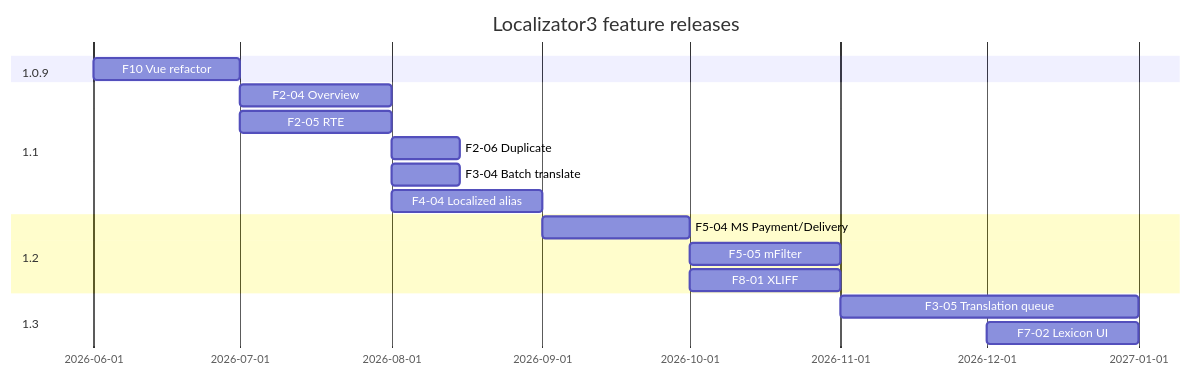
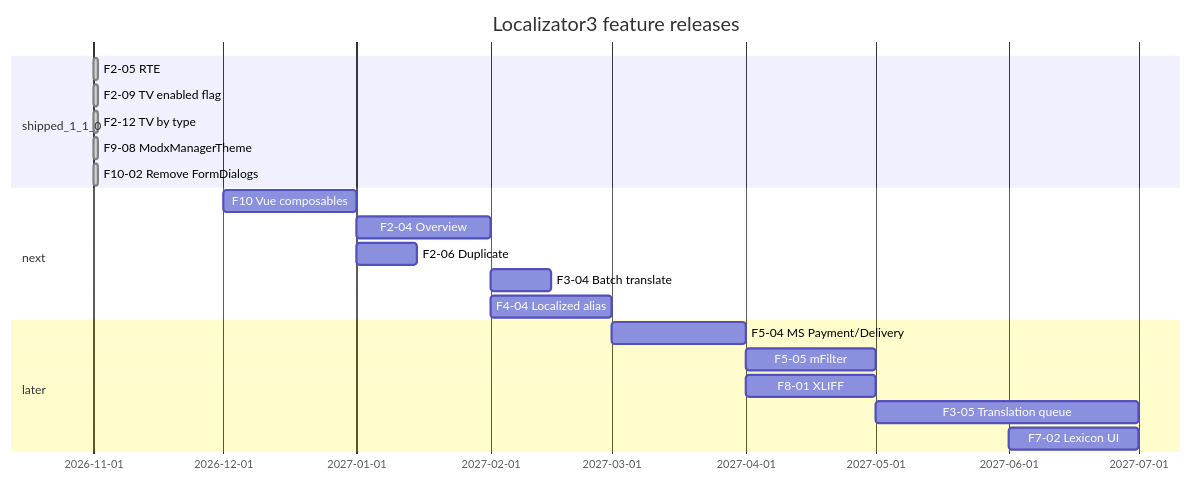
The diagram in docs/roadmap.md (modx-pro/localizator3), drawn with Mermaid before and after one commit. The commit also changed other lines of this file and 48 other files, not shown here.

First line of the commit message:
chore: release 1.1.0-beta — ModxManagerTheme, composable grids, docs

````diff
--- a/docs/roadmap.md
+++ b/docs/roadmap.md
@@ -224,20 +229,23 @@
 ```mermaid
 gantt
   title Localizator3 feature releases
   dateFormat YYYY-MM
-  section 1.0.9
-  F10 Vue refactor           :2026-06, 1M
-  section 1.1
-  F2-04 Overview             :2026-07, 1M
-  F2-05 RTE                  :2026-07, 1M
-  F2-06 Duplicate            :2026-08, 2w
-  F3-04 Batch translate      :2026-08, 2w
-  F4-04 Localized alias      :2026-08, 1M
-  section 1.2
-  F5-04 MS Payment/Delivery  :2026-09, 1M
-  F5-05 mFilter              :2026-10, 1M
-  F8-01 XLIFF                :2026-10, 1M
-  section 1.3
-  F3-05 Translation queue    :2026-11, 2M
-  F7-02 Lexicon UI           :2026-12, 1M
+  section shipped_1_1_0
+  F2-05 RTE                  :done, 2026-11, 1d
+  F2-09 TV enabled flag      :done, 2026-11, 1d
+  F2-12 TV by type           :done, 2026-11, 1d
+  F9-08 ModxManagerTheme     :done, 2026-11, 1d
+  F10-02 Remove FormDialogs  :done, 2026-11, 1d
+  section next
+  F10 Vue composables        :2026-12, 1M
+  F2-04 Overview             :2027-01, 1M
+  F2-06 Duplicate            :2027-01, 2w
+  F3-04 Batch translate      :2027-02, 2w
+  F4-04 Localized alias      :2027-02, 1M
+  section later
+  F5-04 MS Payment/Delivery  :2027-03, 1M
+  F5-05 mFilter              :2027-04, 1M
+  F8-01 XLIFF                :2027-04, 1M
+  F3-05 Translation queue    :2027-05, 2M
+  F7-02 Lexicon UI           :2027-06, 1M
 ```
````
